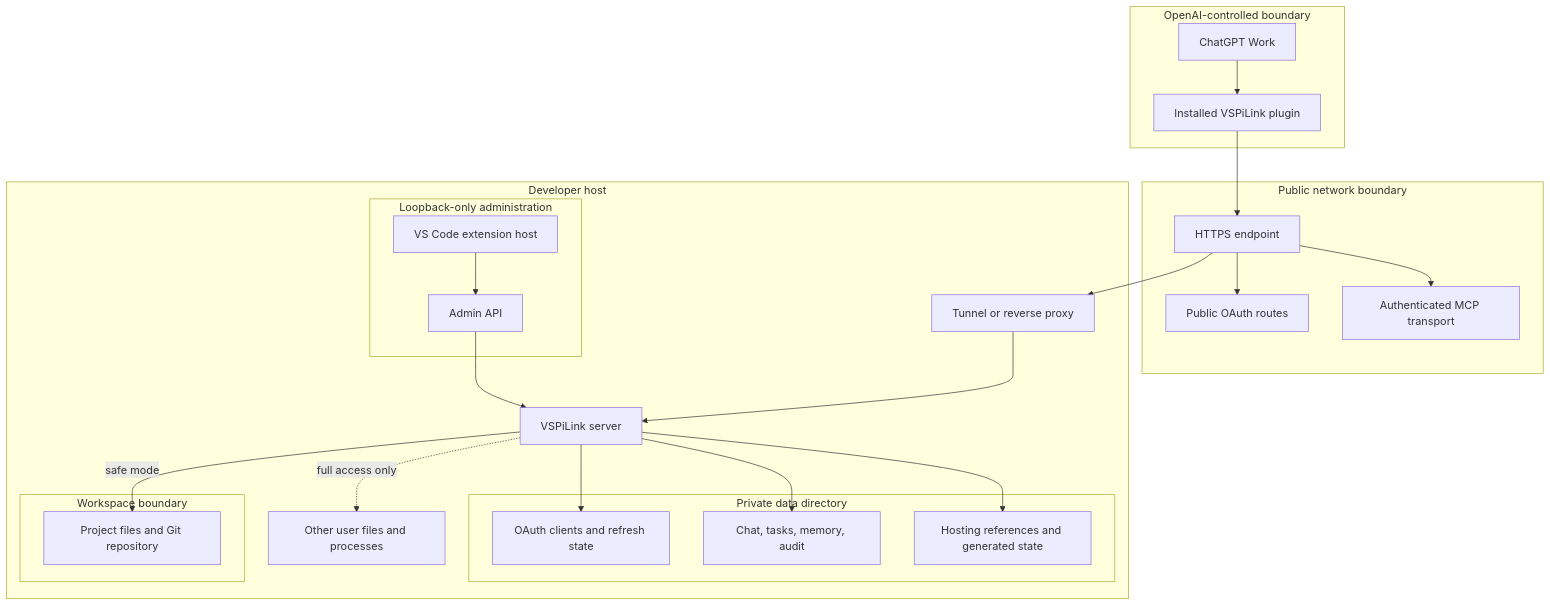
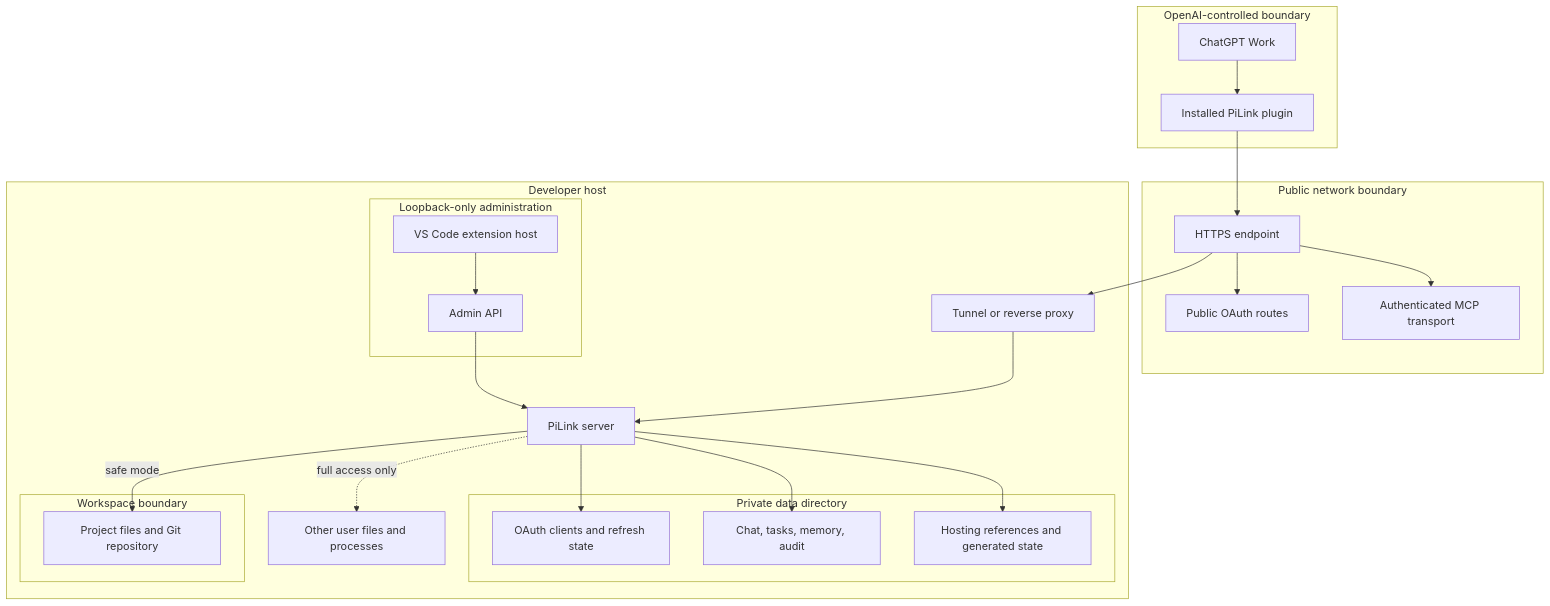
Before and after one commit to roccoangelella/PiLink: the second of 3 diagrams in docs/ARCHITECTURE.md, drawn with Mermaid. The commit also changed other lines of this file and 86 other files, not shown here.

````diff
--- a/docs/ARCHITECTURE.md
+++ b/docs/ARCHITECTURE.md
@@ -80,42 +80,42 @@
 ```mermaid
 flowchart TB
     subgraph OpenAI[OpenAI-controlled boundary]
         Work[ChatGPT Work]
-        Plugin[Installed VSPiLink plugin]
+        Plugin[Installed PiLink plugin]
     end
 
     subgraph Internet[Public network boundary]
         HTTPS[HTTPS endpoint]
         OAuth[Public OAuth routes]
         MCP[Authenticated MCP transport]
     end
 
     subgraph Host[Developer host]
         Proxy[Tunnel or reverse proxy]
         subgraph Loopback[Loopback-only administration]
             Admin[Admin API]
             Extension[VS Code extension host]
         end
-        Server[VSPiLink server]
+        Server[PiLink server]
         subgraph Private[Private data directory]
             Clients[OAuth clients and refresh state]
             Coordination[Chat, tasks, memory, audit]
             Hosting[Hosting references and generated state]
         end
         subgraph WorkspaceBoundary[Workspace boundary]
             Files[Project files and Git repository]
         end
         Machine[Other user files and processes]
     end
 
     Work --> Plugin --> HTTPS
     HTTPS --> OAuth
     HTTPS --> MCP
     HTTPS --> Proxy --> Server
     Extension --> Admin --> Server
     Server --> Clients
     Server --> Coordination
     Server --> Hosting
     Server -->|safe mode| Files
     Server -.->|full access only| Machine
 ```
````
